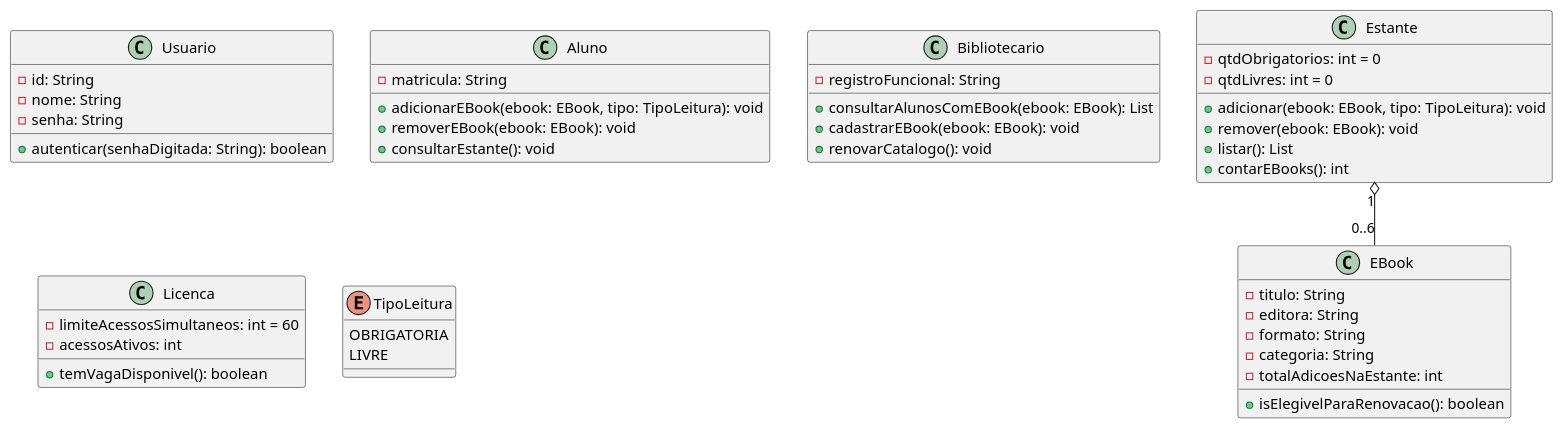
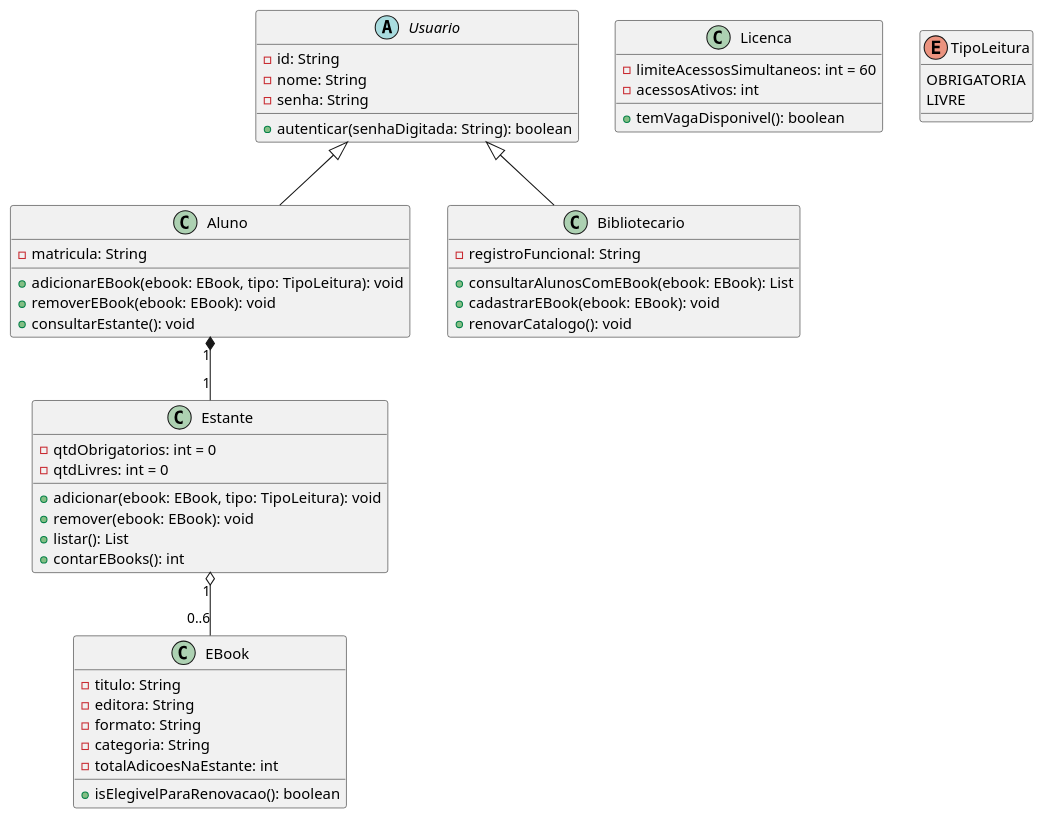
Before and after one commit to najarhenrique/lab01-ebooks-biblioteca: the diagram in docs/diagramas/diagrama-de-classes.puml, drawn with PlantUML. The commit also changed 8 other files, not shown here.

```diff
--- a/docs/diagramas/diagrama-de-classes.puml
+++ b/docs/diagramas/diagrama-de-classes.puml
@@ -1,55 +1,59 @@
 @startuml diagrama_de_classes_ebooks
 
-class Usuario {
+abstract class Usuario {
   - id: String
   - nome: String
   - senha: String
   + autenticar(senhaDigitada: String): boolean
 }
 
 class Aluno {
   - matricula: String
   + adicionarEBook(ebook: EBook, tipo: TipoLeitura): void
   + removerEBook(ebook: EBook): void
   + consultarEstante(): void
 }
 
 class Bibliotecario {
   - registroFuncional: String
   + consultarAlunosComEBook(ebook: EBook): List
   + cadastrarEBook(ebook: EBook): void
   + renovarCatalogo(): void
 }
 
 class EBook {
   - titulo: String
   - editora: String
   - formato: String
   - categoria: String
   - totalAdicoesNaEstante: int
   + isElegivelParaRenovacao(): boolean
 }
 
 class Licenca {
   - limiteAcessosSimultaneos: int = 60
   - acessosAtivos: int
   + temVagaDisponivel(): boolean
 }
 
 class Estante {
   - qtdObrigatorios: int = 0
   - qtdLivres: int = 0
   + adicionar(ebook: EBook, tipo: TipoLeitura): void
   + remover(ebook: EBook): void
   + listar(): List
   + contarEBooks(): int
 }
 
 enum TipoLeitura {
   OBRIGATORIA
   LIVRE
 }
 
+Usuario <|-- Aluno
+Usuario <|-- Bibliotecario
+
 Estante "1" o-- "0..6" EBook
+Aluno "1" *-- "1" Estante
 
 @enduml
```
